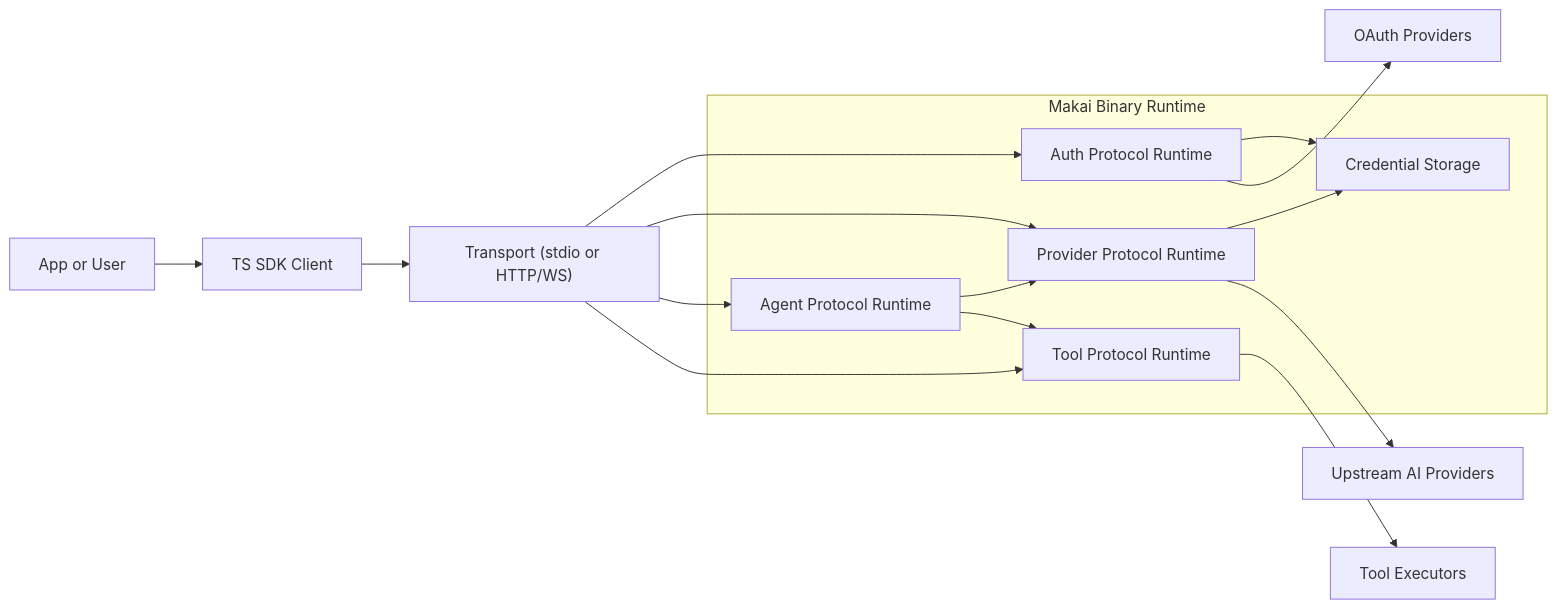
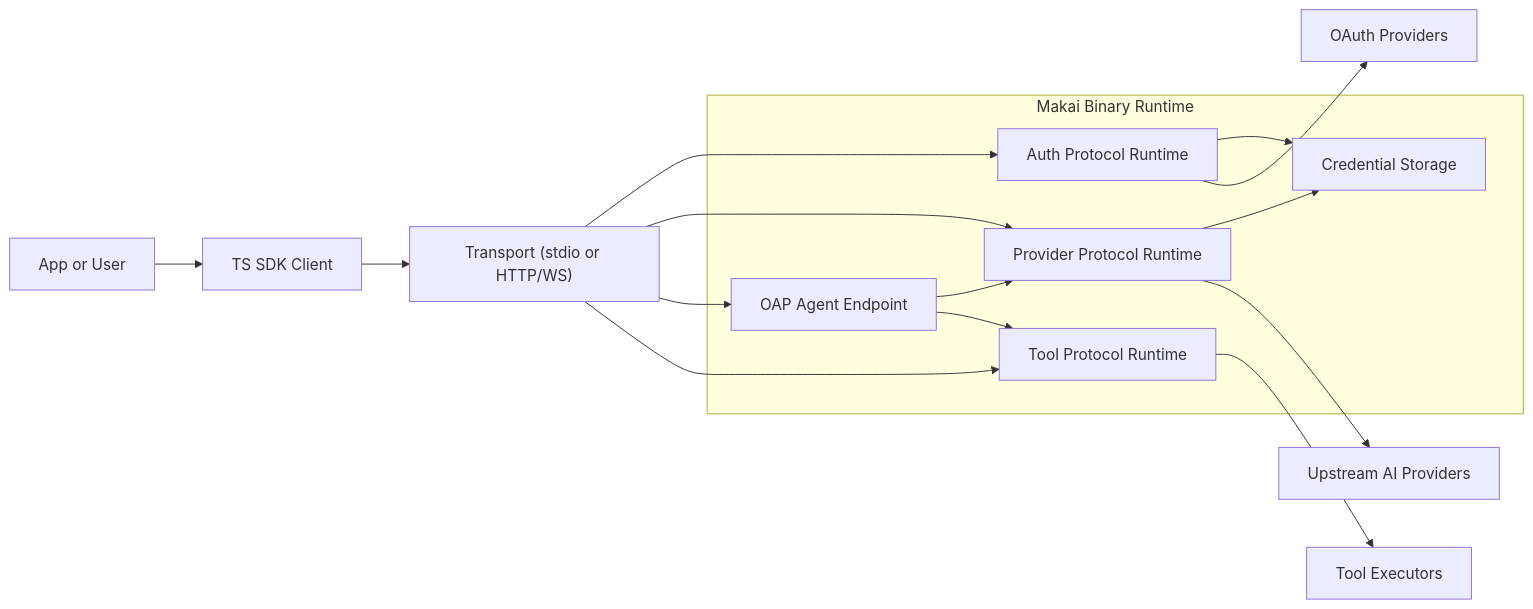
Before and after one commit to lsm/open-agent-protocol: the first of 6 diagrams in DESIGN.md, drawn with Mermaid. The commit also changed other lines of this file and 17 other files, not shown here.

````diff
--- a/DESIGN.md
+++ b/DESIGN.md
@@ -399,27 +399,27 @@
 ```mermaid
 flowchart LR
   U["App or User"] --> SDK["TS SDK Client"]
   SDK --> TP["Transport (stdio or HTTP/WS)"]
 
   subgraph M["Makai Binary Runtime"]
     AR["Auth Protocol Runtime"]
     PR["Provider Protocol Runtime"]
-    GR["Agent Protocol Runtime"]
+    GR["OAP Agent Endpoint"]
     TRR["Tool Protocol Runtime"]
     ST["Credential Storage"]
   end
 
   TP --> AR
   TP --> PR
   TP --> GR
   TP --> TRR
 
   AR --> ST
   PR --> ST
   GR --> PR
   GR --> TRR
 
   PR --> AP["Upstream AI Providers"]
   AR --> OP["OAuth Providers"]
   TRR --> TX["Tool Executors"]
 ```
````
